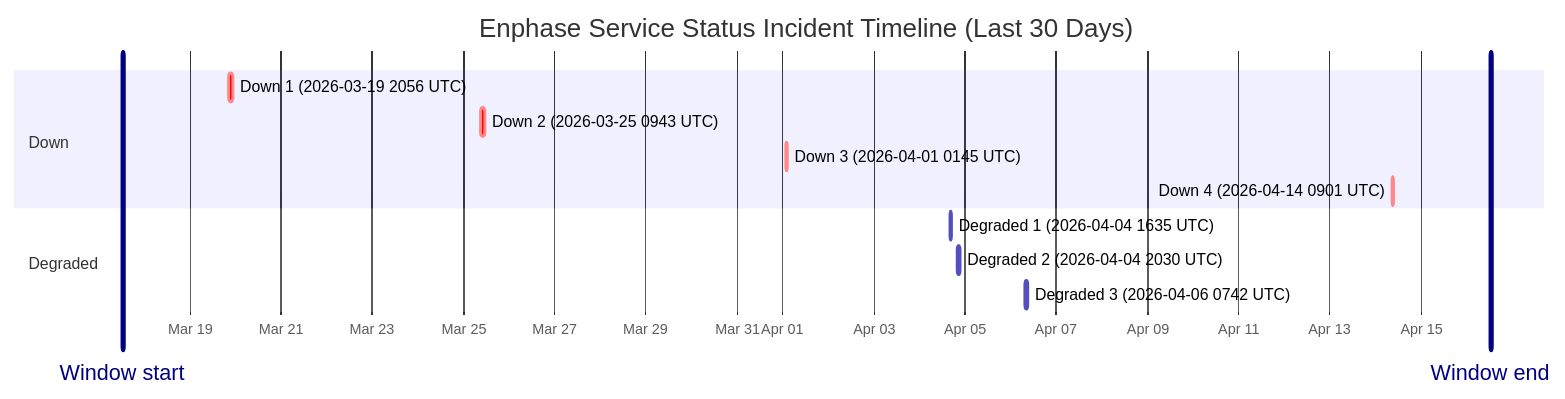
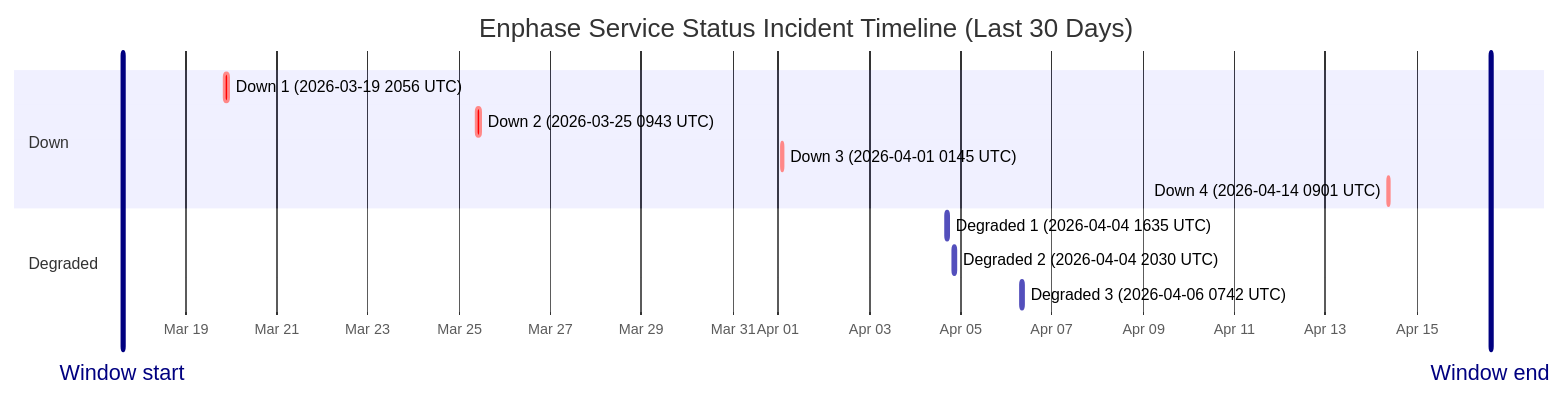
One commit to barneyonline/ha-enphase-ev-charger changed the diagram in wiki/Service-Status-History.md. Above: the diagram before and after it, drawn with Mermaid. The commit also changed other lines of this file and 3 other files, not shown here.

````diff
--- a/wiki/Service-Status-History.md
+++ b/wiki/Service-Status-History.md
@@ -14,17 +14,17 @@
 ```mermaid
 gantt
     title Enphase Service Status Incident Timeline (Last 30 Days)
     dateFormat  YYYY-MM-DDTHH:mm:ss
     axisFormat  %b %d
-    Window start :vert, window-start, 2026-03-17T12:42:02, 0ms
-    Window end :vert, window-end, 2026-04-16T12:42:02, 0ms
+    Window start :vert, window-start, 2026-03-17T14:55:27, 0ms
+    Window end :vert, window-end, 2026-04-16T14:55:27, 0ms
     section Down
     Down 1 (2026-03-19 2056 UTC) :crit, down-1, 2026-03-19T20:56:20, 145m
     Down 2 (2026-03-25 0943 UTC) :crit, down-2, 2026-03-25T09:43:28, 111m
     Down 3 (2026-04-01 0145 UTC) :crit, down-3, 2026-04-01T01:45:09, 60m
     Down 4 (2026-04-14 0901 UTC) :crit, down-4, 2026-04-14T09:01:13, 60m
     section Degraded
     Degraded 1 (2026-04-04 1635 UTC) :active, degraded-1, 2026-04-04T16:35:17, 60m
     Degraded 2 (2026-04-04 2030 UTC) :active, degraded-2, 2026-04-04T20:30:40, 60m
     Degraded 3 (2026-04-06 0742 UTC) :active, degraded-3, 2026-04-06T07:42:09, 85m
 ```
````
